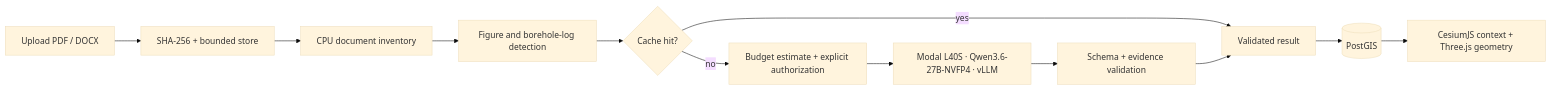
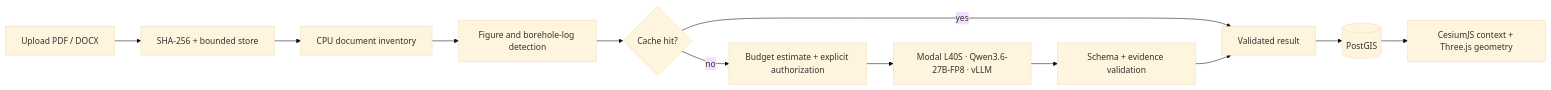
One commit to kilickursat/Georeport3D changed the diagram in README.md. Above: the diagram before and after it, drawn with Mermaid (base theme). The commit also changed other lines of this file and 2 other files, not shown here.

````diff
--- a/README.md
+++ b/README.md
@@ -78,14 +78,14 @@
 ```mermaid
 flowchart LR
   U[Upload PDF / DOCX] --> H[SHA-256 + bounded store]
   H --> I[CPU document inventory]
   I --> F[Figure and borehole-log detection]
   F --> C{Cache hit?}
   C -- yes --> V[Validated result]
   C -- no --> B[Budget estimate + explicit authorization]
-  B --> M[Modal L40S · Qwen3.6-27B-NVFP4 · vLLM]
+  B --> M[Modal L40S · Qwen3.6-27B-FP8 · vLLM]
   M --> P[Schema + evidence validation]
   P --> V
   V --> D[(PostGIS)]
   D --> W[CesiumJS context + Three.js geometry]
 ```
````
